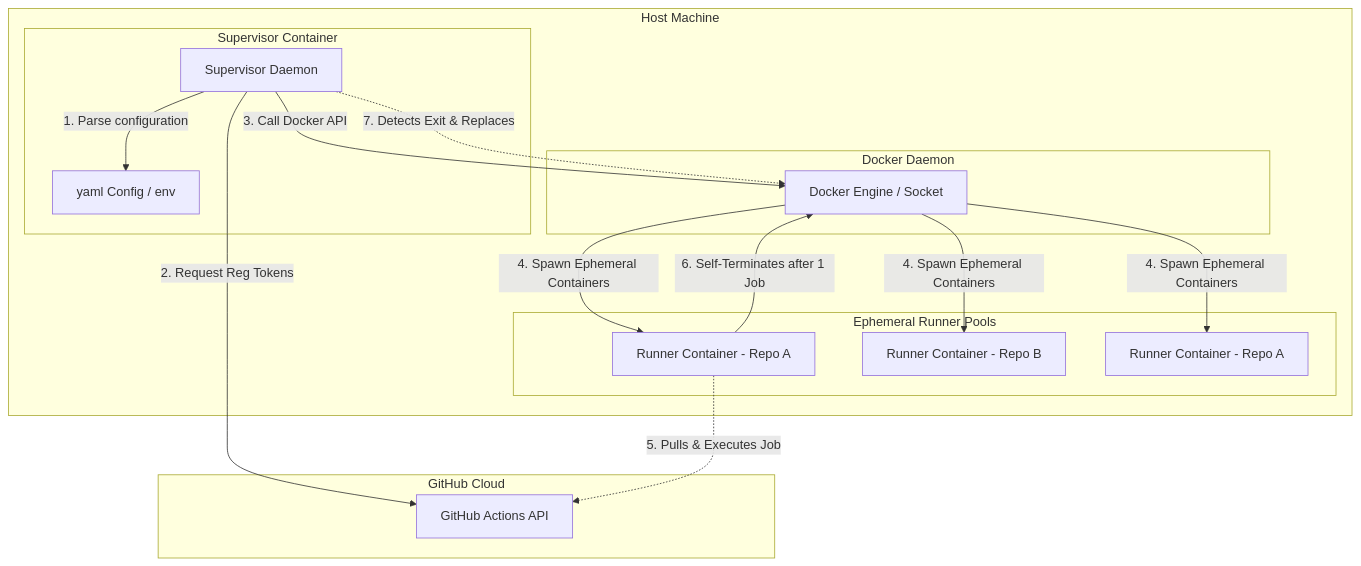
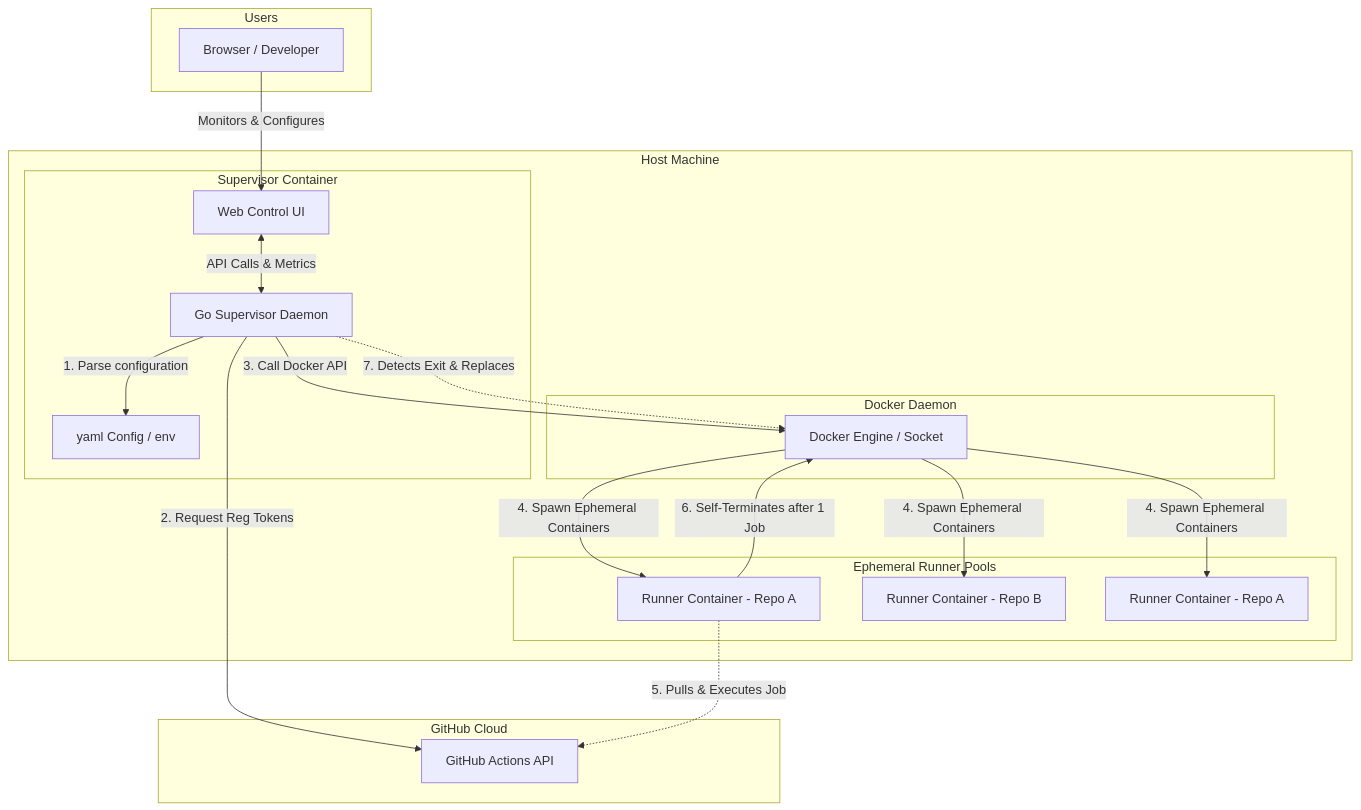
The diagram in docs/requirements.md (noosxe/gh-runner), drawn with Mermaid before and after one commit. The commit also changed other lines of this file, not shown here.

Commit message:
docs: update requirements to specify Go implementation and Web UI

````diff
--- a/docs/requirements.md
+++ b/docs/requirements.md
@@ -28,34 +29,41 @@
 ```mermaid
 graph TD
+    subgraph Users
+        User[Browser / Developer]
+    end
+
     subgraph GitHub Cloud
         GH[GitHub Actions API]
     end
 
     subgraph Host Machine
         subgraph Supervisor Container
-            SD[Supervisor Daemon]
+            SD[Go Supervisor Daemon]
+            WebUI[Web Control UI]
             Config[yaml Config / env]
         end
 
         subgraph Docker Daemon
             Engine[Docker Engine / Socket]
         end
 
         subgraph Ephemeral Runner Pools
             R1[Runner Container - Repo A]
             R2[Runner Container - Repo B]
             R3[Runner Container - Repo A]
         end
     end
 
     %% Communication Pathways
+    User -->|Monitors & Configures| WebUI
+    WebUI <-->|API Calls & Metrics| SD
     SD -->|1. Parse configuration| Config
     SD -->|2. Request Reg Tokens| GH
     SD -->|3. Call Docker API| Engine
     Engine -->|4. Spawn Ephemeral Containers| R1
     Engine -->|4. Spawn Ephemeral Containers| R2
     Engine -->|4. Spawn Ephemeral Containers| R3
     R1 -.->|5. Pulls & Executes Job| GH
     R1 -->|6. Self-Terminates after 1 Job| Engine
     SD -.->|7. Detects Exit & Replaces| Engine
 ```
````
